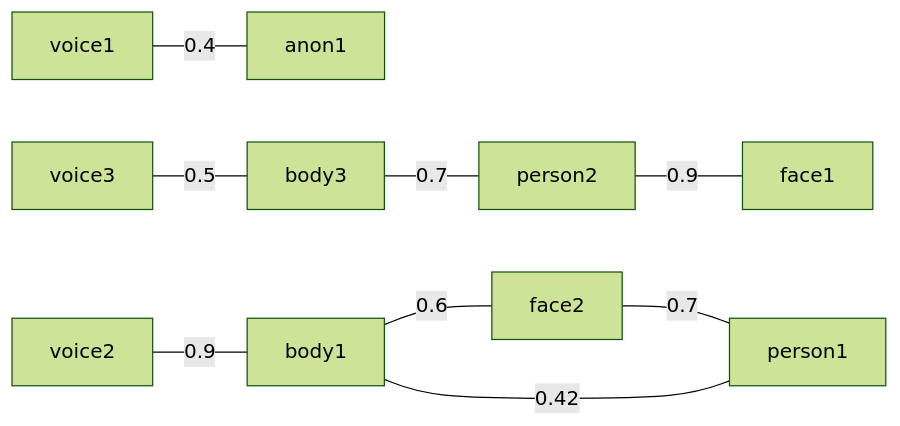
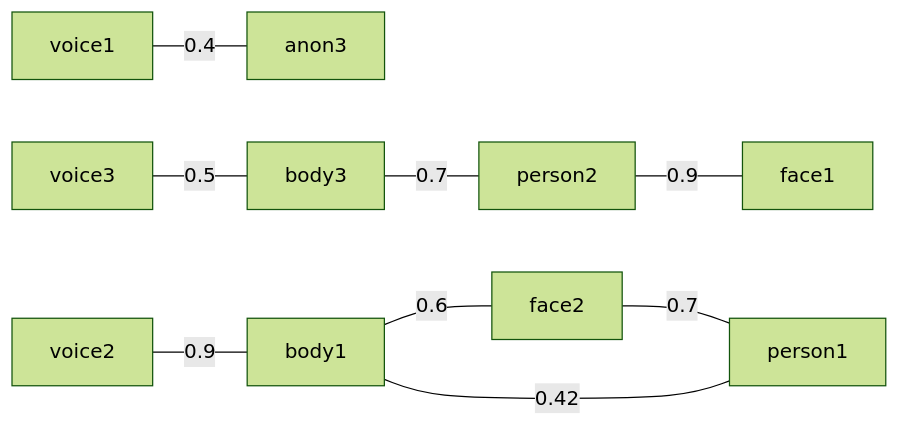
Diagram 32 of 34 in test/test-graphs.md (ros4hri/hri_person_manager), drawn with Mermaid (forest theme) before and after one commit. The commit also changed other lines of this file and 8 other files, not shown here.

First line of the commit message:
C++ impl complete, based on boost::graph

````diff
--- a/test/test-graphs.md
+++ b/test/test-graphs.md
@@ -556,20 +563,20 @@
 ``` mermaid
 graph LR
 
-voice1 ---|0.4| anon1
+voice1 ---|0.4| anon3
 
 body3 ---|0.7| person2
 person2 ---|0.9| face1
 voice3 ---|0.5| body3
 %% note: no direct connection between person2 and voice3 as likelihood below
 %% threshold
 
 
 face2 ---|0.7| person1
 voice2 ---|0.9| body1
 body1 ---|0.6| face2
 body1 ---|0.42| person1
 %% note: no direct connection between person1 and voice2 as likelihood below
 %% threshold
 
 ```
````
